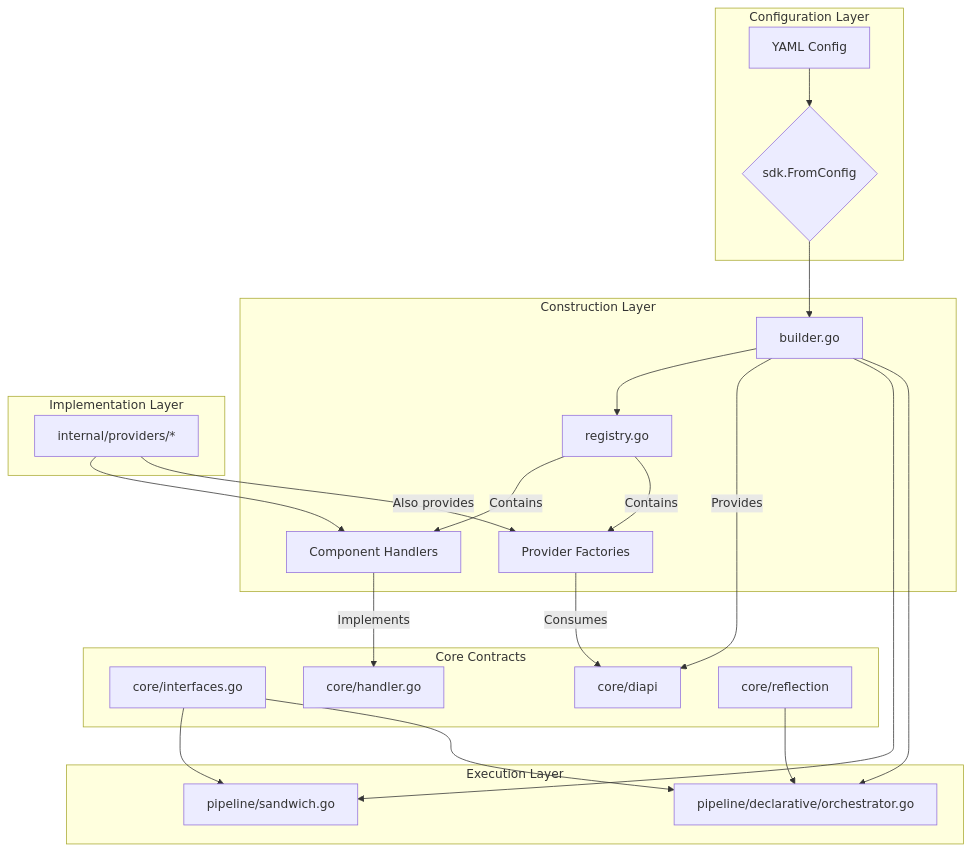
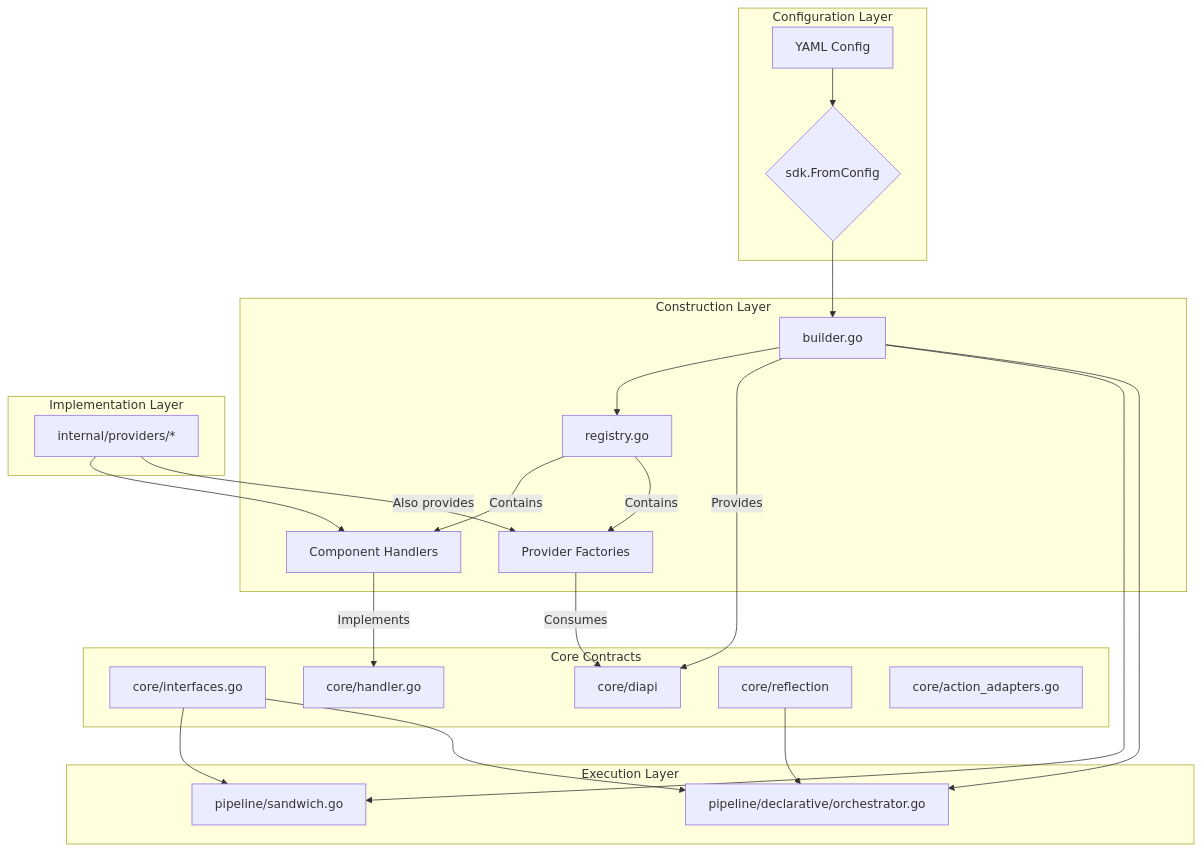
The first of 2 diagrams in docs/LLD.md (duynguyendang/manglekit), drawn with Mermaid before and after one commit. The commit also changed other lines of this file and 11 other files, not shown here.

````diff
--- a/docs/LLD.md
+++ b/docs/LLD.md
@@ -17,39 +17,40 @@
 ```mermaid
 graph TD
     subgraph "Configuration Layer"
         A[YAML Config] --> B{sdk.FromConfig}
     end
 
     subgraph "Construction Layer"
         B --> C[builder.go]
         C --> D[registry.go]
         D -- Contains --> E[Component Handlers]
         D -- Contains --> F[Provider Factories]
     end
 
     subgraph "Core Contracts"
         G[core/interfaces.go]
         H[core/handler.go]
         I[core/diapi]
         M[core/reflection]
+        N[core/action_adapters.go]
     end
 
     subgraph "Implementation Layer"
         E -- Implements --> H
         F -- Consumes --> I
         C -- Provides --> I
         J[internal/providers/*] --> E
         J -- Also provides --> F
     end
 
     subgraph "Execution Layer"
         K["pipeline/sandwich.go"]
         L["pipeline/declarative/orchestrator.go"]
         C --> K
         C --> L
     end
 
     G --> K
     G --> L
     M --> L
 ```
````
